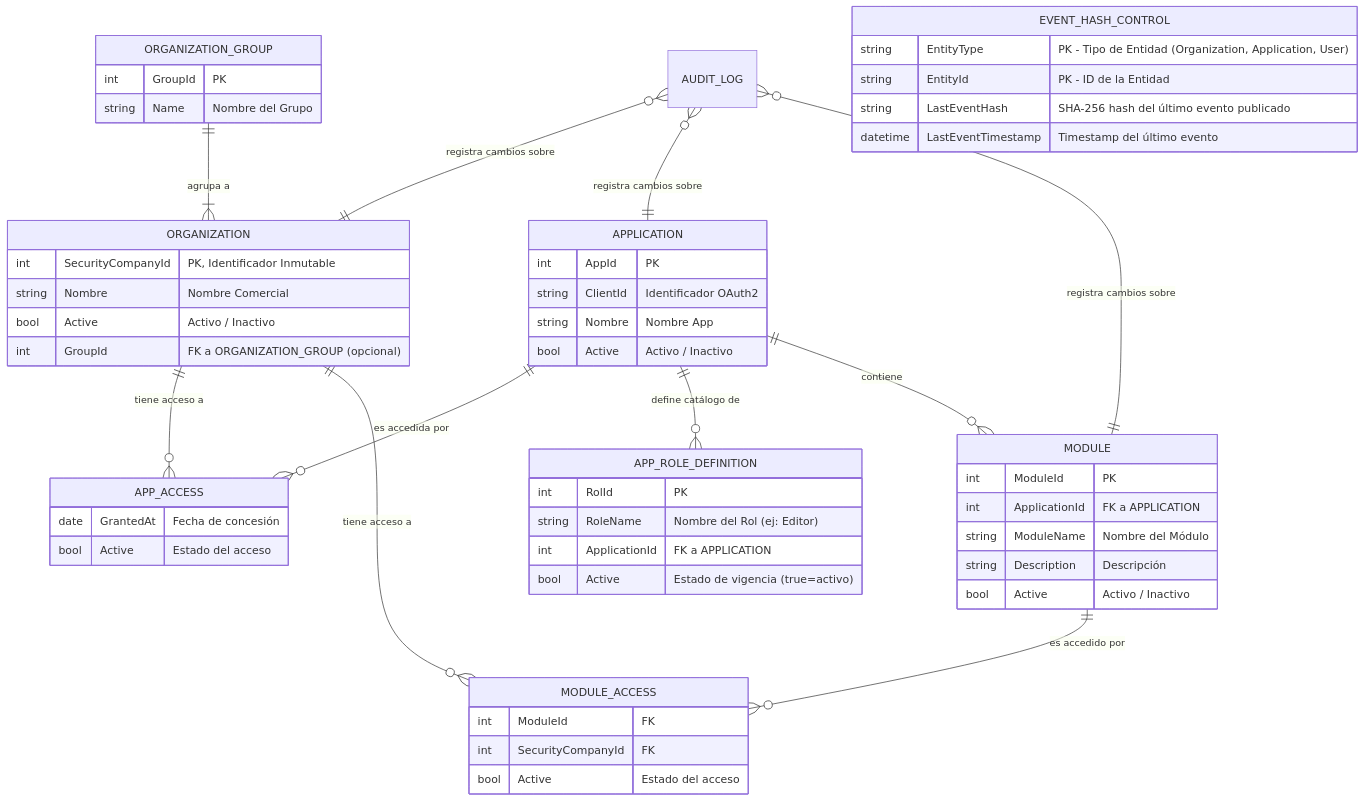
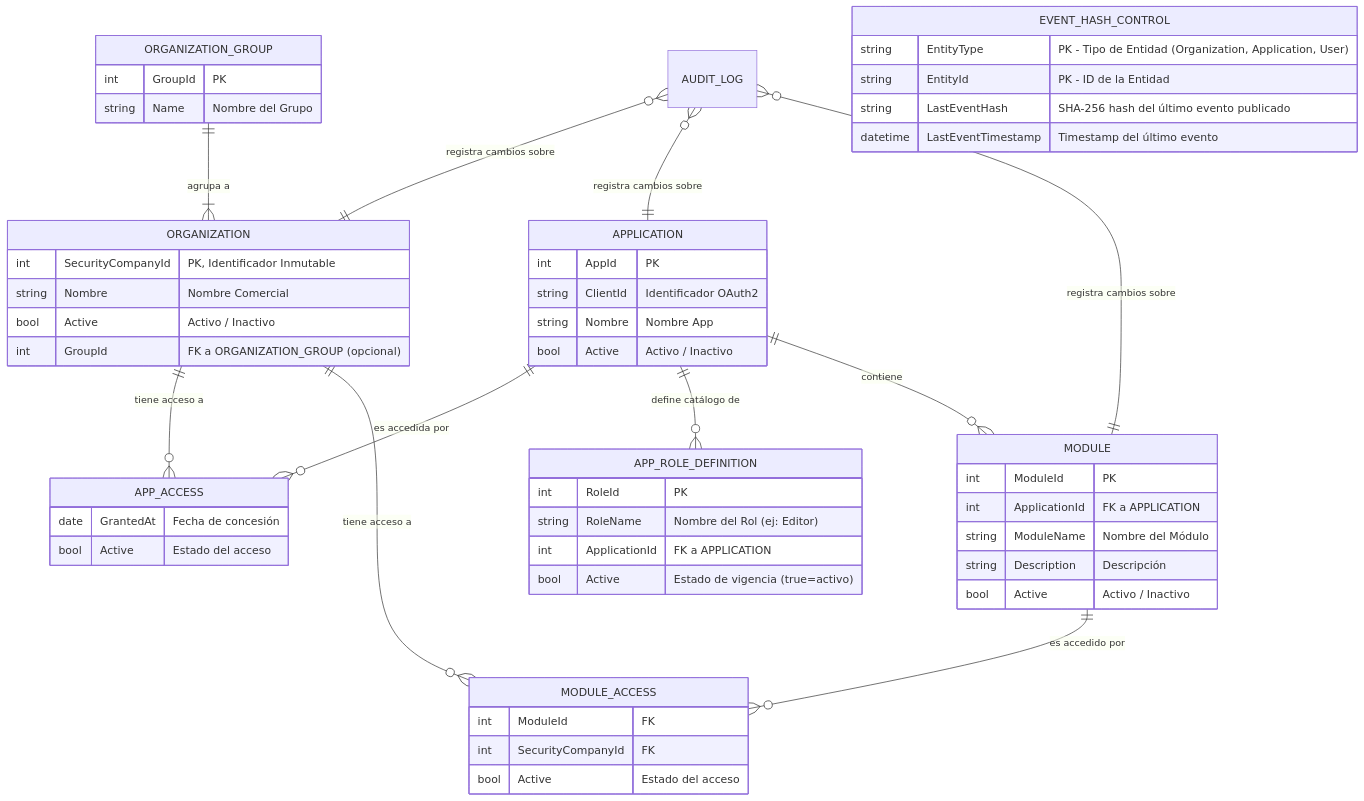
One commit to malbert-infoport/AI4Devs changed the sixth of 7 diagrams in 01-Descripción general del Producto.md. Above: the diagram before and after it, drawn with Mermaid. The commit also changed other lines of this file, not shown here.

Commit message:
Correcciones de Rol

````diff
--- a/01-Descripción general del Producto.md
+++ b/01-Descripción general del Producto.md
@@ -560,66 +560,66 @@
 ```mermaid
 erDiagram
     ORGANIZATION_GROUP ||--|{ ORGANIZATION : "agrupa a"
     ORGANIZATION ||--o{ APP_ACCESS : "tiene acceso a"
     ORGANIZATION ||--o{ MODULE_ACCESS : "tiene acceso a"
     
     ORGANIZATION_GROUP {
         int GroupId "PK"
         string Name "Nombre del Grupo"
     }
 
     ORGANIZATION {
         int SecurityCompanyId "PK, Identificador Inmutable"
         string Nombre "Nombre Comercial"
         bool Active "Activo / Inactivo"
         int GroupId "FK a ORGANIZATION_GROUP (opcional)"
     }
     
     APPLICATION ||--o{ APP_ACCESS : "es accedida por"
     APPLICATION ||--o{ APP_ROLE_DEFINITION : "define catálogo de"
     APPLICATION ||--o{ MODULE : "contiene"
     APPLICATION {
         int AppId "PK"
         string ClientId "Identificador OAuth2"
         string Nombre "Nombre App"
         bool Active "Activo / Inactivo"
     }
     
     MODULE ||--o{ MODULE_ACCESS : "es accedido por"
     MODULE {
         int ModuleId "PK"
         int ApplicationId "FK a APPLICATION"
         string ModuleName "Nombre del Módulo"
         string Description "Descripción"
         bool Active "Activo / Inactivo"
     }
     
     MODULE_ACCESS {
         int ModuleId "FK"
         int SecurityCompanyId "FK"
         bool Active "Estado del acceso"
     }
     
     APP_ROLE_DEFINITION {
-        int RolId "PK"
+        int RoleId "PK"
         string RoleName "Nombre del Rol (ej: Editor)"
         int ApplicationId "FK a APPLICATION"
         bool Active "Estado de vigencia (true=activo)"
     }
     
     APP_ACCESS {
         date GrantedAt "Fecha de concesión"
         bool Active "Estado del acceso"
     }
     
     AUDIT_LOG }o--|| ORGANIZATION : "registra cambios sobre"
     AUDIT_LOG }o--|| APPLICATION : "registra cambios sobre"
     AUDIT_LOG }o--|| MODULE : "registra cambios sobre"
     
     EVENT_HASH_CONTROL {
         string EntityType "PK - Tipo de Entidad (Organization, Application, User)"
         string EntityId "PK - ID de la Entidad"
         string LastEventHash "SHA-256 hash del último evento publicado"
         datetime LastEventTimestamp "Timestamp del último evento"
     }
 ```
````
